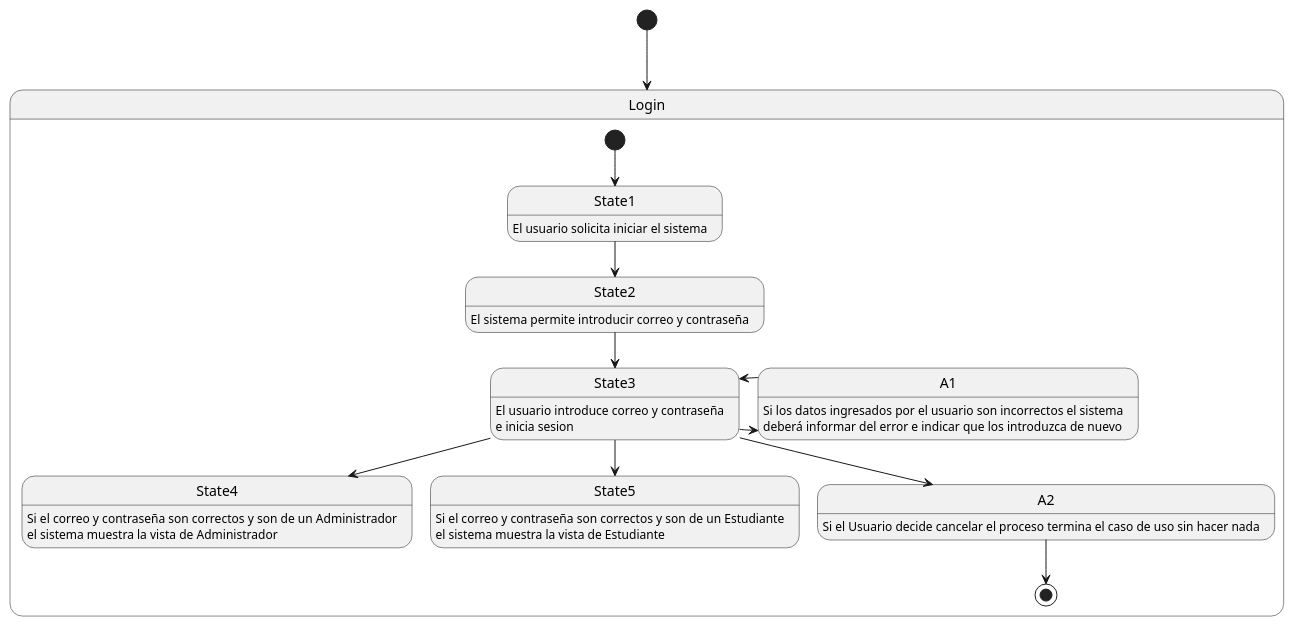
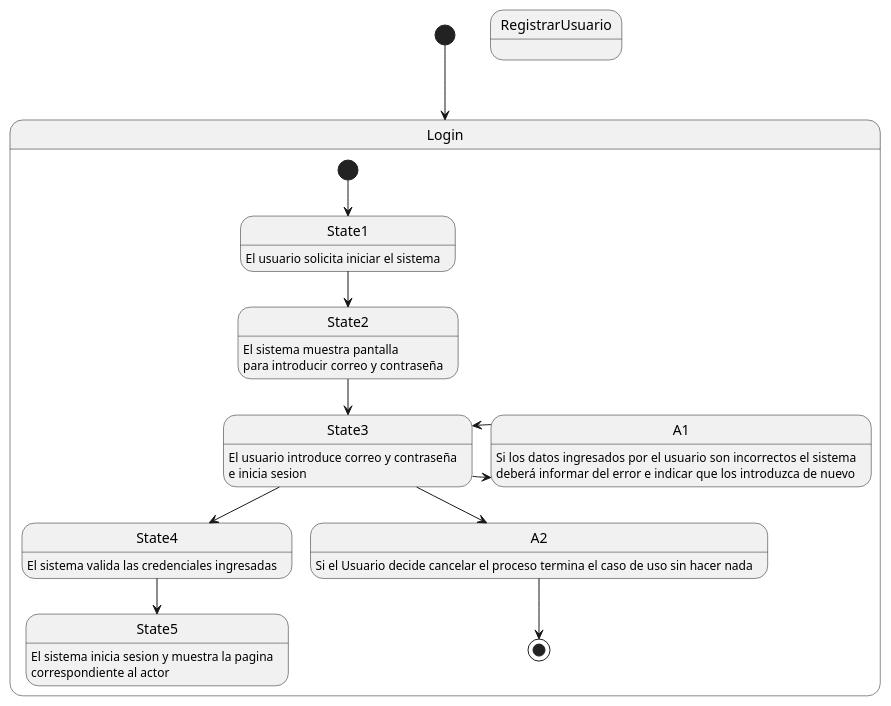
Before and after one commit to febres35/EdTech_IS: the diagram in docs/scenariosView/diagramaEstado.plantuml, drawn with PlantUML.

Commit message:
Login corregido

```diff
--- a/docs/scenariosView/diagramaEstado.plantuml
+++ b/docs/scenariosView/diagramaEstado.plantuml
@@ -1,26 +1,27 @@
 @startuml
 [*]-->Login
 state Login{
     [*]-->State1
     State1:El usuario solicita iniciar el sistema
     State1-->State2
-    State2:El sistema permite introducir correo y contraseña
+    State2:El sistema muestra pantalla
+    State2:para introducir correo y contraseña
     State2-->State3
     State3:El usuario introduce correo y contraseña
     State3:e inicia sesion
     State3-->State4
-    State4:Si el correo y contraseña son correctos y son de un Administrador
-    State4:el sistema muestra la vista de Administrador
-    State3-->State5
-    State5:Si el correo y contraseña son correctos y son de un Estudiante
-    State5:el sistema muestra la vista de Estudiante
+    State4:El sistema valida las credenciales ingresadas
+    State4-->State5
+    State5:El sistema inicia sesion y muestra la pagina
+    State5:correspondiente al actor
     State3->A1
     A1:Si los datos ingresados por el usuario son incorrectos el sistema
     A1:deberá informar del error e indicar que los introduzca de nuevo
     A1->State3
     State3-->A2
     A2-->[*]
     A2:Si el Usuario decide cancelar el proceso termina el caso de uso sin hacer nada
 }
-
+state RegistrarUsuario{
+}
 @enduml
```
